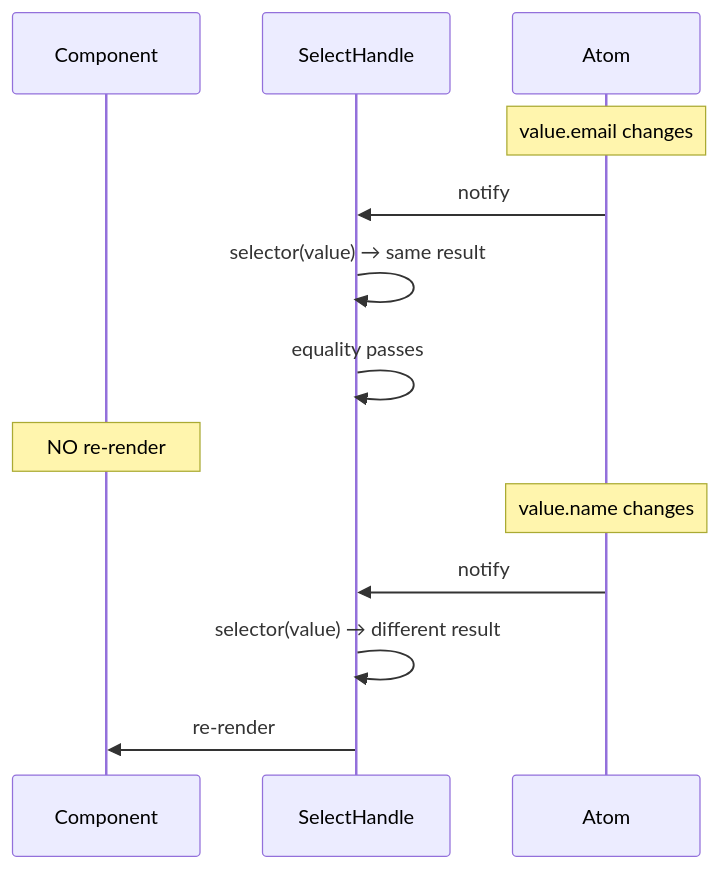
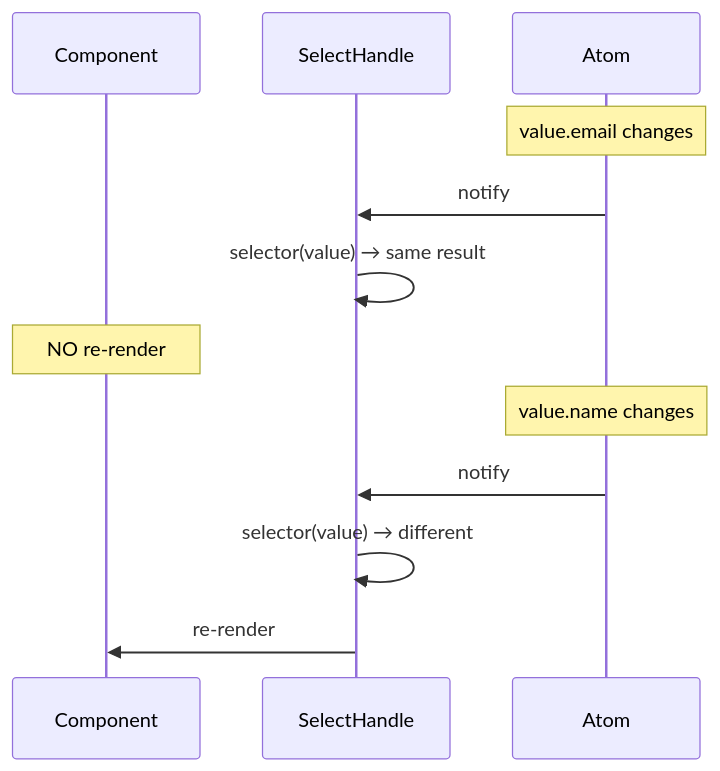
Before and after one commit to pumped-fn/pumped-fn: the second of 2 diagrams in packages/lite-react/PATTERNS.md, drawn with Mermaid. The commit also changed other lines of this file and 2 other files, not shown here.

````diff
--- a/packages/lite-react/PATTERNS.md
+++ b/packages/lite-react/PATTERNS.md
@@ -106,17 +29,16 @@
 ```mermaid
 sequenceDiagram
     participant Component
     participant SelectHandle
     participant Atom
 
     Note over Atom: value.email changes
     Atom->>SelectHandle: notify
     SelectHandle->>SelectHandle: selector(value) → same result
-    SelectHandle->>SelectHandle: equality passes
     Note over Component: NO re-render
 
     Note over Atom: value.name changes
     Atom->>SelectHandle: notify
-    SelectHandle->>SelectHandle: selector(value) → different result
+    SelectHandle->>SelectHandle: selector(value) → different
     SelectHandle->>Component: re-render
 ```
````
